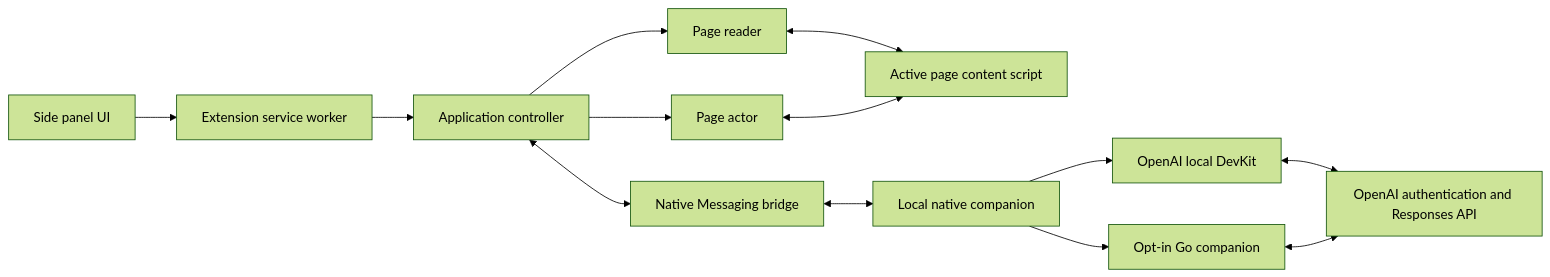
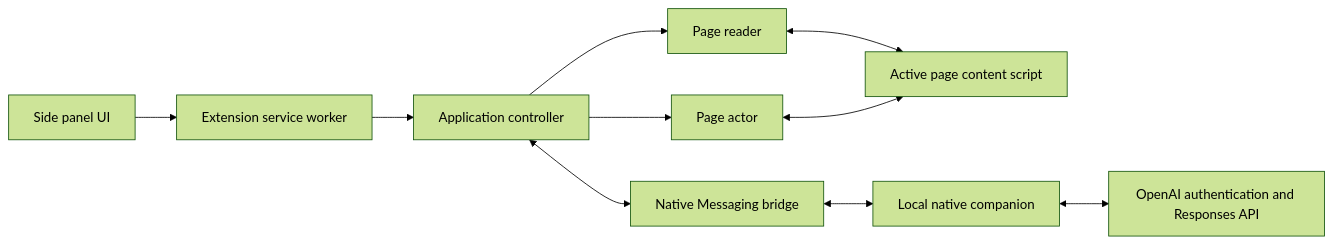
The diagram in docs/ARCHITECTURE.md (jwtouron/BrowseFriend), drawn with Mermaid (forest theme) before and after one commit. The commit also changed other lines of this file and 64 other files, not shown here.

````diff
--- a/docs/ARCHITECTURE.md
+++ b/docs/ARCHITECTURE.md
@@ -9,15 +9,12 @@
 ```mermaid
 flowchart LR
   UI[Side panel UI] --> SW[Extension service worker]
   SW --> App[Application controller]
   App --> Reader[Page reader]
   Reader <--> Page[Active page content script]
   App --> Actor[Page actor]
   Actor <--> Page
   App <--> Bridge[Native Messaging bridge]
   Bridge <--> Host[Local native companion]
-  Host --> DevKit[OpenAI local DevKit]
-  DevKit <--> OpenAI[OpenAI authentication and Responses API]
-  Host --> Go[Opt-in Go companion]
-  Go <--> OpenAI
+  Host <--> OpenAI[OpenAI authentication and Responses API]
 ```
````
